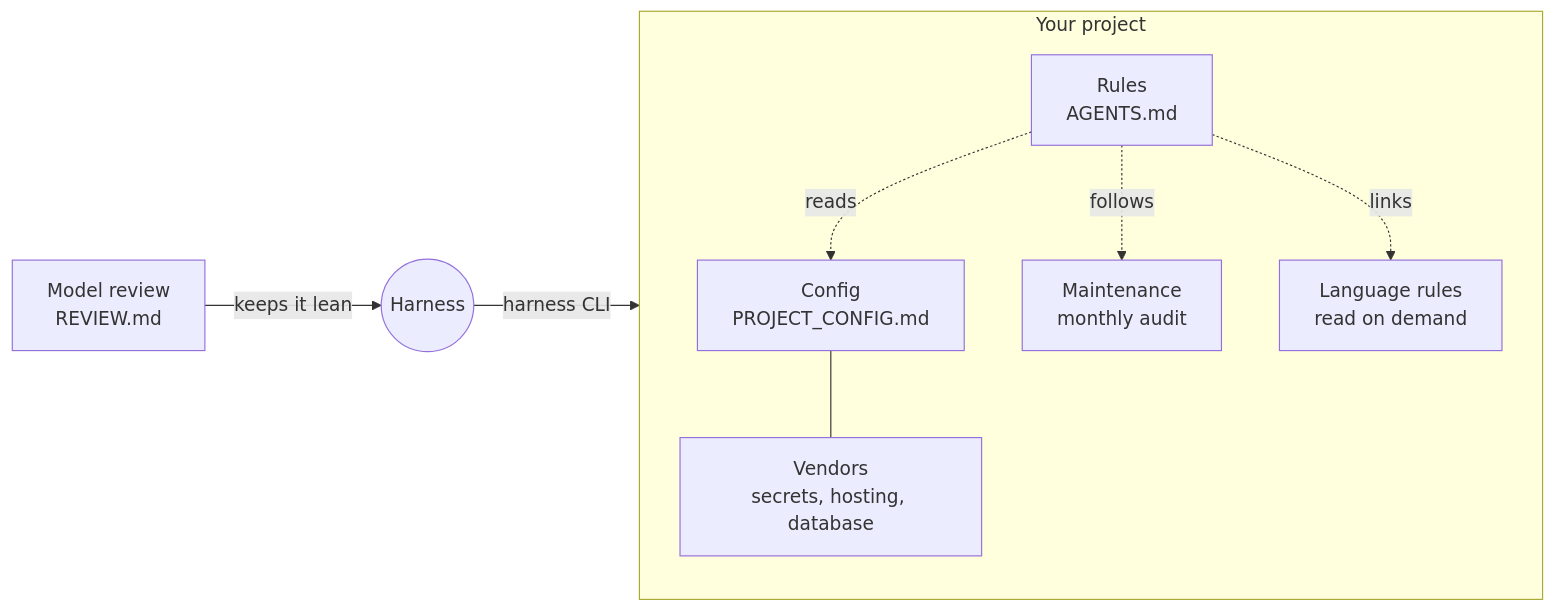
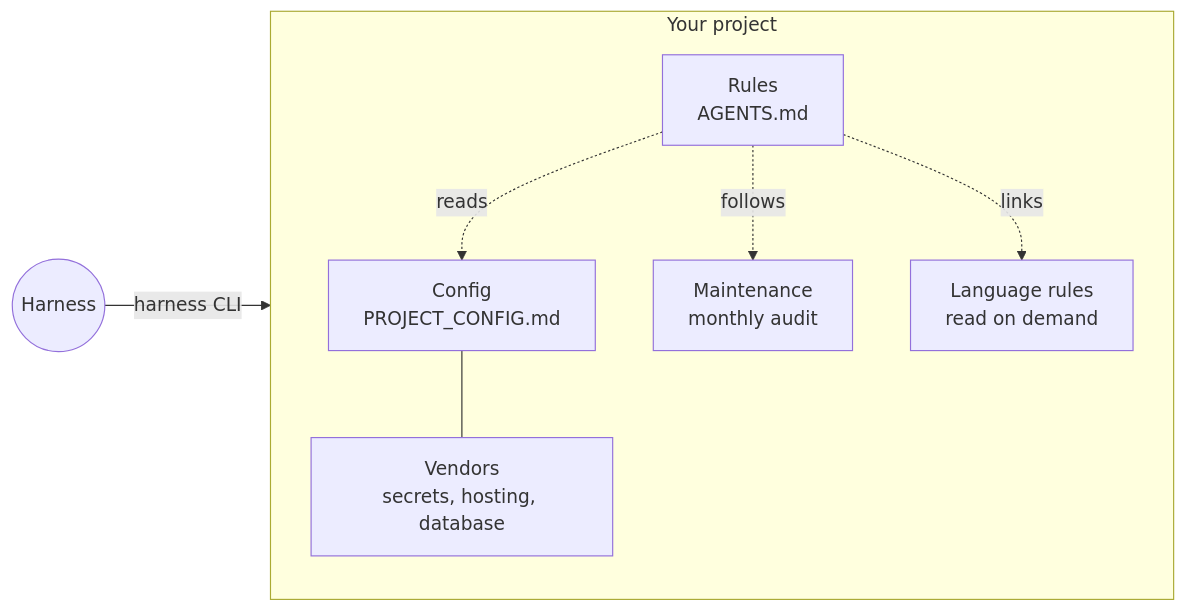
One commit to mattsilv/harness changed the diagram in README.md. Above: the diagram before and after it, drawn with Mermaid.

Commit message:
README: drop the model review node from the overview chart (#23)

````diff
--- a/README.md
+++ b/README.md
@@ -7,16 +7,15 @@
 ```mermaid
 flowchart LR
-  R[Model review<br>REVIEW.md] -->|keeps it lean| H((Harness))
-  H -->|harness CLI| P
+  H((Harness)) -->|harness CLI| P
   subgraph P[Your project]
     A[Rules<br>AGENTS.md]
     C[Config<br>PROJECT_CONFIG.md]
     V[Vendors<br>secrets, hosting, database]
     M[Maintenance<br>monthly audit]
     L[Language rules<br>read on demand]
   end
   A -. reads .-> C
   C --- V
   A -. follows .-> M
   A -. links .-> L
 ```
````
